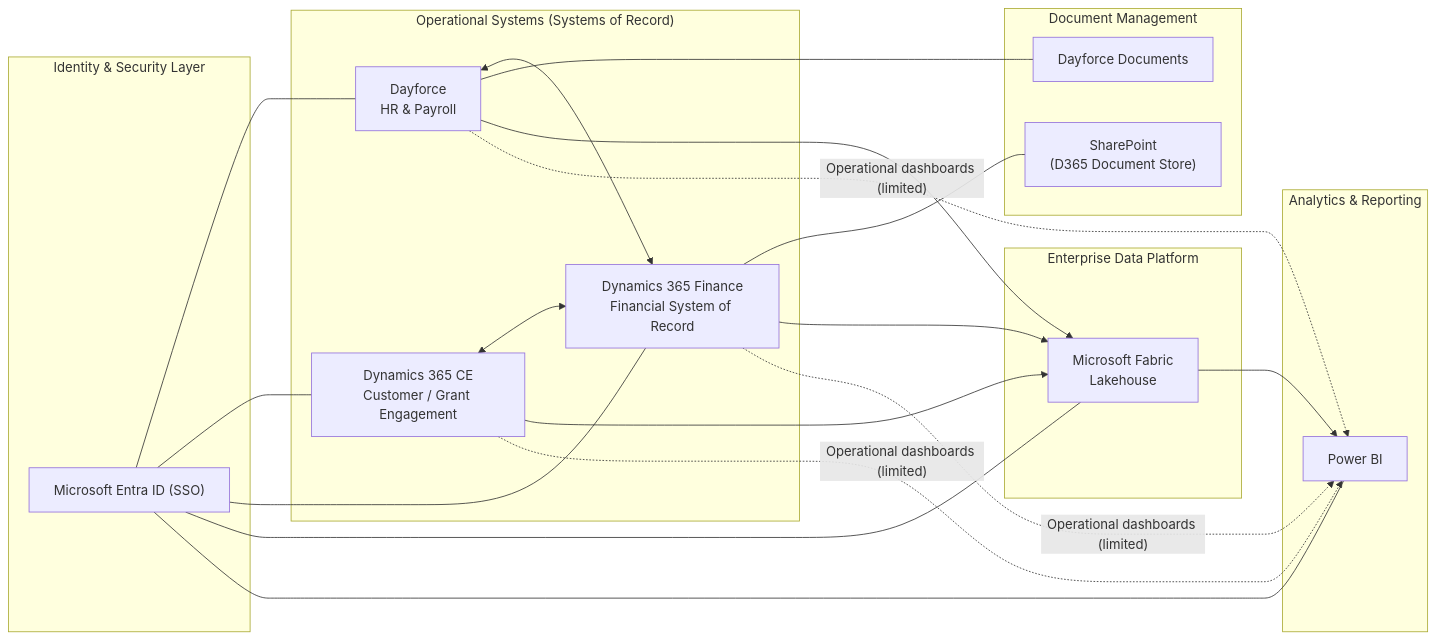
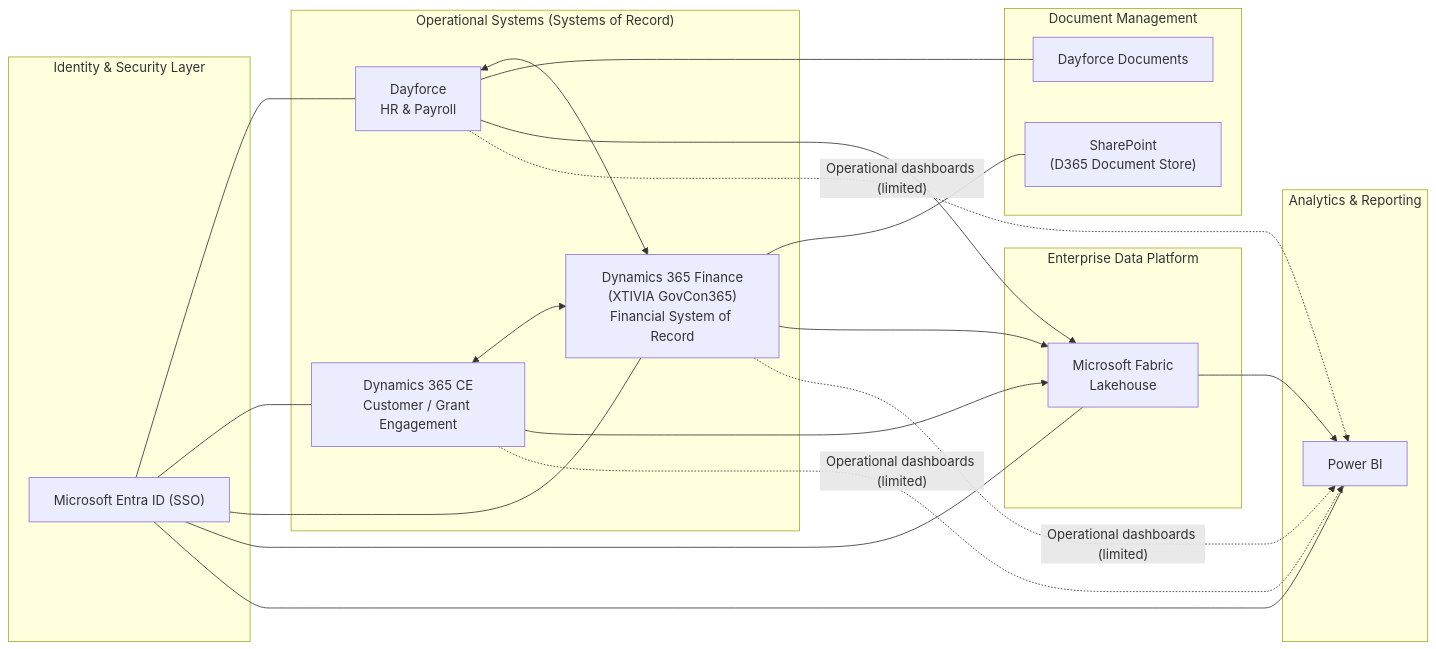
The diagram in README.md (stimm-solutionstreet/AIR), drawn with Mermaid before and after one commit.

Commit message:
Added XTIVIA GovCon365 to FIN label

````diff
--- a/README.md
+++ b/README.md
@@ -5,52 +5,52 @@
 ```mermaid
 flowchart LR
 
   subgraph Identity["Identity & Security Layer"]
     Entra["Microsoft Entra ID (SSO)"]
   end
 
   subgraph Operational["Operational Systems (Systems of Record)"]
     DF["Dayforce\nHR & Payroll"]
     CE["Dynamics 365 CE\nCustomer / Grant Engagement"]
-    FIN["Dynamics 365 Finance\nFinancial System of Record"]
+    FIN["Dynamics 365 Finance\n(XTIVIA GovCon365)\nFinancial System of Record"]
   end
 
   subgraph Documents["Document Management"]
     SP["SharePoint\n(D365 Document Store)"]
     DFDOC["Dayforce Documents"]
   end
 
   subgraph Data["Enterprise Data Platform"]
     FAB["Microsoft Fabric\nLakehouse"]
   end
 
   subgraph Analytics["Analytics & Reporting"]
     PBI["Power BI"]
   end
 
   %% Identity
   Entra --- DF
   Entra --- CE
   Entra --- FIN
   Entra --- FAB
   Entra --- PBI
 
   %% Operational sync relationships
   DF <--> FIN
   CE <--> FIN
 
   %% Documents
   FIN --- SP
   DF --- DFDOC
 
   %% Primary reporting path (governed analytics)
   DF --> FAB
   CE --> FAB
   FIN --> FAB
   FAB --> PBI
 
   %% Optional operational reporting (direct-to-SOR)
   DF -. "Operational dashboards (limited)" .-> PBI
   CE -. "Operational dashboards (limited)" .-> PBI
   FIN -. "Operational dashboards (limited)" .-> PBI
 ```
````
